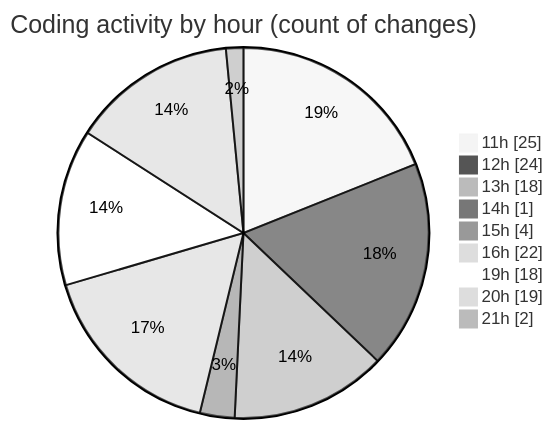
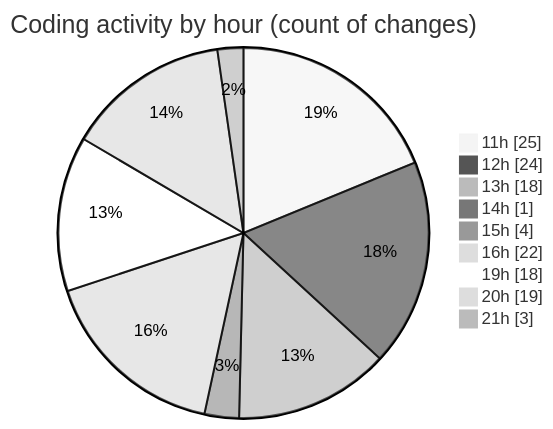
One commit to MatusMokan/code-tracking changed the second of 2 diagrams in 2025-04-12/myws__workspace_/README.md. Above: the diagram before and after it, drawn with Mermaid (neutral theme). The commit also changed other lines of this file and 1 other file, not shown here.

````diff
--- a/2025-04-12/myws__workspace_/README.md
+++ b/2025-04-12/myws__workspace_/README.md
@@ -38,13 +39,13 @@
 ```mermaid
 pie showData
 title Coding activity by hour (count of changes)
 "11h" : 25
 "12h" : 24
 "13h" : 18
 "14h" : 1
 "15h" : 4
 "16h" : 22
 "19h" : 18
 "20h" : 19
-"21h" : 2
+"21h" : 3
 ```
````
